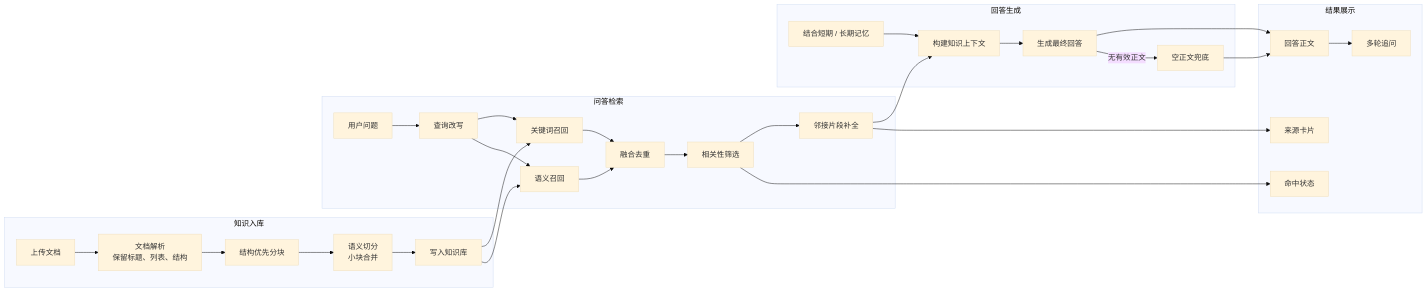
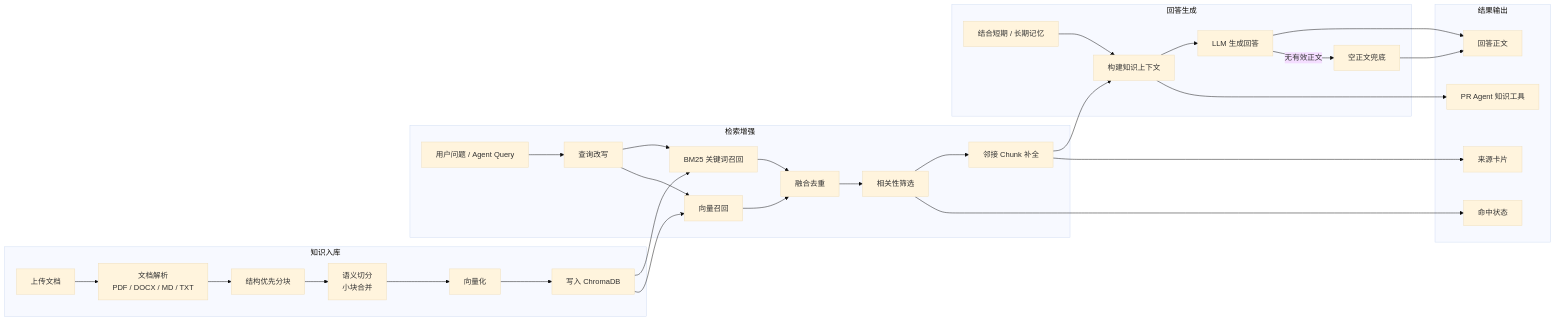
One commit to zw2497205736/AI changed diagram 11 of 12 in README.md. Above: the diagram before and after it, drawn with Mermaid (base theme). The commit also changed other lines of this file, not shown here.

````diff
--- a/README.md
+++ b/README.md
@@ -335,51 +516,52 @@
 ```mermaid
 flowchart LR
   subgraph Ingest["知识入库"]
     A1["上传文档"]
-    A2["文档解析<br/>保留标题、列表、结构"]
+    A2["文档解析<br/>PDF / DOCX / MD / TXT"]
     A3["结构优先分块"]
     A4["语义切分<br/>小块合并"]
-    A5["写入知识库"]
+    A5["向量化"]
+    A6["写入 ChromaDB"]
   end
 
-  subgraph Retrieve["问答检索"]
-    B1["用户问题"]
+  subgraph Retrieve["检索增强"]
+    B1["用户问题 / Agent Query"]
     B2["查询改写"]
-    B3["关键词召回"]
-    B4["语义召回"]
+    B3["BM25 关键词召回"]
+    B4["向量召回"]
     B5["融合去重"]
     B6["相关性筛选"]
-    B7["邻接片段补全"]
+    B7["邻接 Chunk 补全"]
   end
 
   subgraph Generate["回答生成"]
     C1["构建知识上下文"]
     C2["结合短期 / 长期记忆"]
-    C3["生成最终回答"]
+    C3["LLM 生成回答"]
     C4["空正文兜底"]
   end
 
-  subgraph Result["结果展示"]
+  subgraph Output["结果输出"]
     D1["回答正文"]
     D2["来源卡片"]
     D3["命中状态"]
-    D4["多轮追问"]
+    D4["PR Agent 知识工具"]
   end
 
-  A1 --> A2 --> A3 --> A4 --> A5
+  A1 --> A2 --> A3 --> A4 --> A5 --> A6
   B1 --> B2
   B2 --> B3
   B2 --> B4
-  A5 --> B3
-  A5 --> B4
+  A6 --> B3
+  A6 --> B4
   B3 --> B5
   B4 --> B5
   B5 --> B6 --> B7 --> C1
   C2 --> C1
   C1 --> C3
   C3 --> D1
   C3 -- 无有效正文 --> C4 --> D1
   B7 --> D2
   B6 --> D3
-  D1 --> D4
+  C1 --> D4
 ```
````
